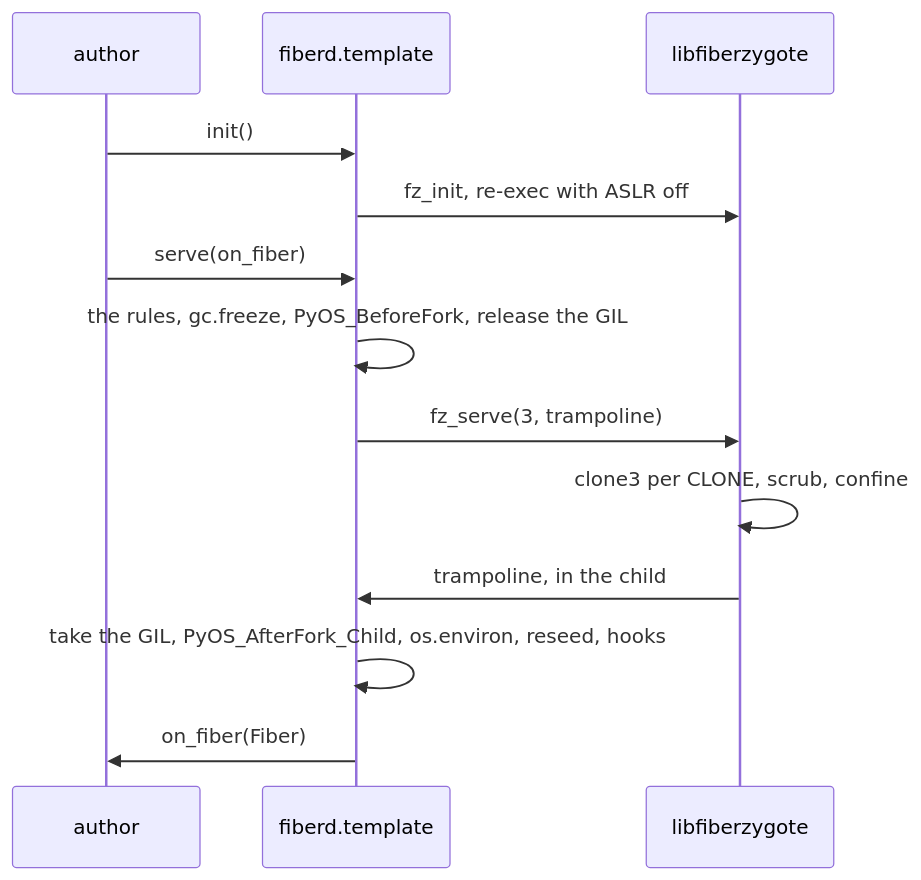
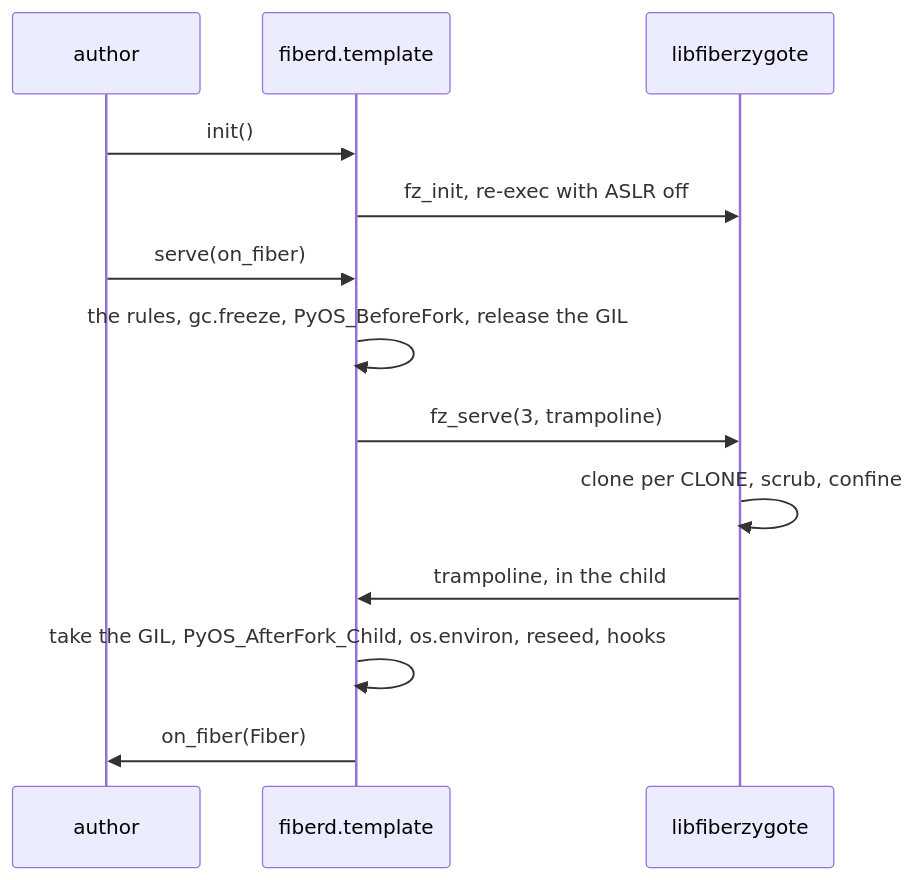
Before and after one commit to helayoty/fiberd: the diagram in docs/design/sdk.md, drawn with Mermaid. The commit also changed other lines of this file and 12 other files, not shown here.

````diff
--- a/docs/design/sdk.md
+++ b/docs/design/sdk.md
@@ -15,15 +15,15 @@
 ```mermaid
 sequenceDiagram
   participant A as author
   participant T as fiberd.template
   participant C as libfiberzygote
   A->>T: init()
   T->>C: fz_init, re-exec with ASLR off
   A->>T: serve(on_fiber)
   T->>T: the rules, gc.freeze, PyOS_BeforeFork, release the GIL
   T->>C: fz_serve(3, trampoline)
-  C->>C: clone3 per CLONE, scrub, confine
+  C->>C: clone per CLONE, scrub, confine
   C->>T: trampoline, in the child
   T->>T: take the GIL, PyOS_AfterFork_Child, os.environ, reseed, hooks
   T->>A: on_fiber(Fiber)
 ```
````
